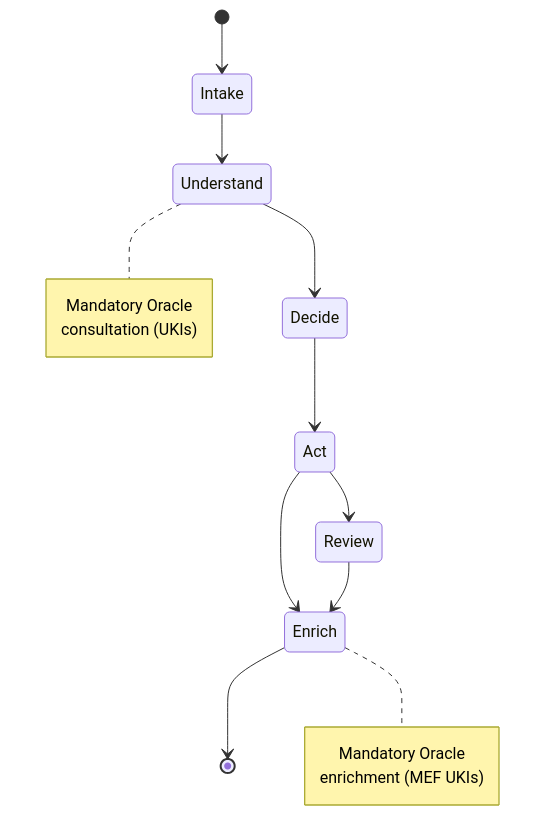
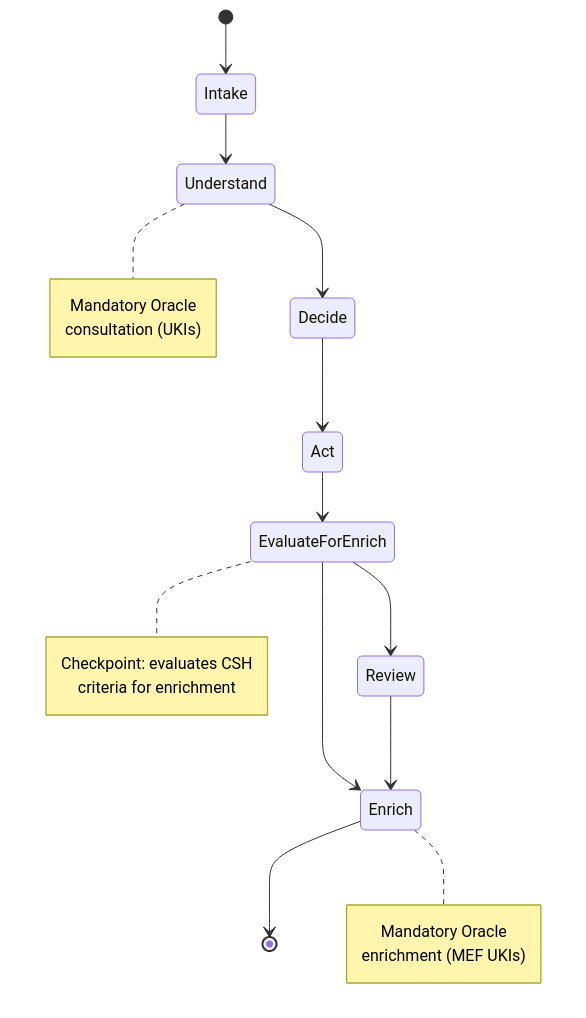
The third of 4 diagrams in MATRIX_PROTOCOL.md (netomantonio/matrix-protocol), drawn with Mermaid before and after one commit. The commit also changed other lines of this file and 4 other files, not shown here.

````diff
--- a/MATRIX_PROTOCOL.md
+++ b/MATRIX_PROTOCOL.md
@@ -456,21 +489,27 @@
 ```mermaid
 stateDiagram-v2
     [*] --> Intake
     Intake --> Understand
     Understand --> Decide  
     Decide --> Act
-    Act --> Review
-    Act --> Enrich
+    Act --> EvaluateForEnrich
+    EvaluateForEnrich --> Review
+    EvaluateForEnrich --> Enrich
     Review --> Enrich
     Enrich --> [*]
     
     note right of Understand
       Mandatory Oracle 
       consultation (UKIs)
     end note
     
+    note right of EvaluateForEnrich
+      Checkpoint: evaluates CSH
+      criteria for enrichment
+    end note
+    
     note right of Enrich
       Mandatory Oracle
       enrichment (MEF UKIs)
     end note
 ```
````
